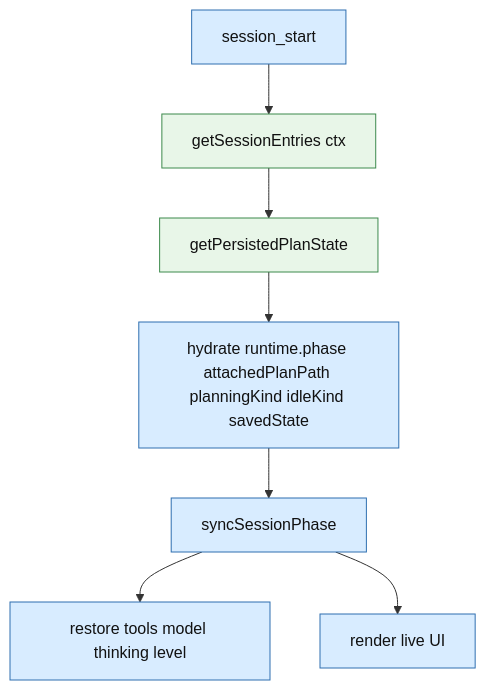
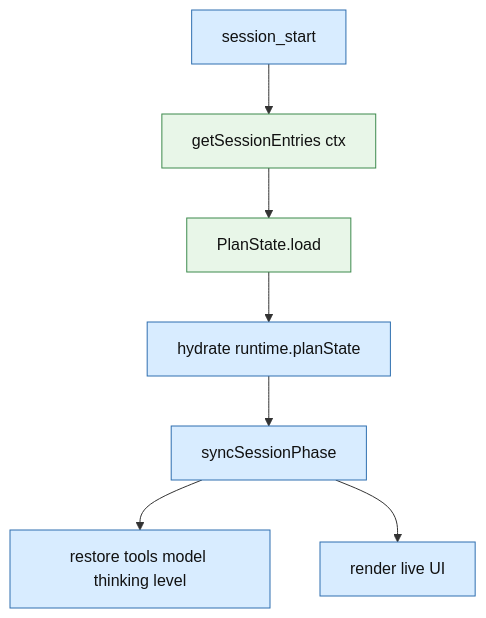
Before and after one commit to pyronaur/nplan: the second of 3 diagrams in docs/mermaid-plan-state-information-architecture.md, drawn with Mermaid. The commit also changed other lines of this file and 2 other files, not shown here.

First line of the commit message:
Align docs with canonical plan-state model ownership

````diff
--- a/docs/mermaid-plan-state-information-architecture.md
+++ b/docs/mermaid-plan-state-information-architecture.md
@@ -181,14 +181,14 @@
 ```mermaid
 flowchart TD
     A[session_start] --> B[getSessionEntries ctx]
-    B --> C[getPersistedPlanState]
-    C --> D[hydrate runtime.phase attachedPlanPath planningKind idleKind savedState]
+    B --> C[PlanState.load]
+    C --> D[hydrate runtime.planState]
     D --> E[syncSessionPhase]
     E --> F[restore tools model thinking level]
     E --> G[render live UI]
 
     classDef persisted fill:#e8f6e8,stroke:#3d8a4d,color:#111;
     classDef logic fill:#d8ecff,stroke:#2f6fb0,color:#111;
     class B,C persisted;
     class A,D,E,F,G logic;
 ```
````
